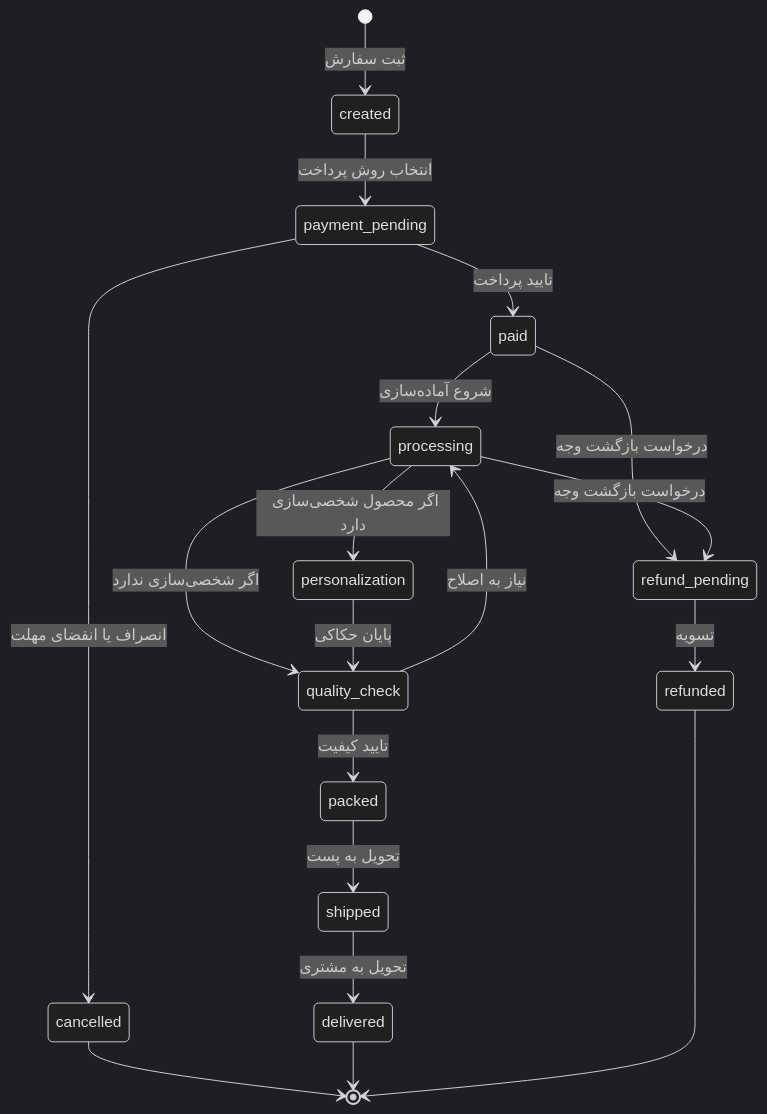
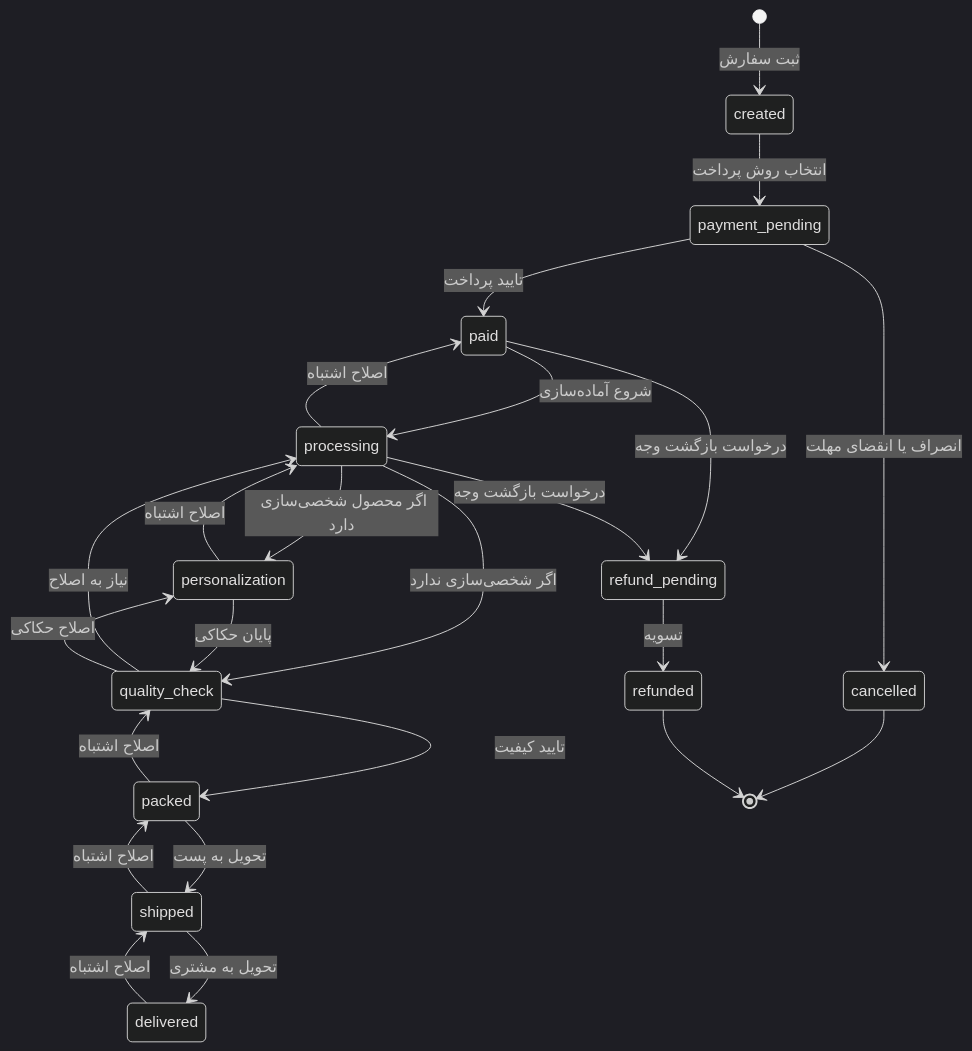
One commit to aicenter320-del/7manzome changed the first of 6 diagrams in docs/02-domain/state-machines.md. Above: the diagram before and after it, drawn with Mermaid (dark theme). The commit also changed other lines of this file and 59 other files, not shown here.

````diff
--- a/docs/02-domain/state-machines.md
+++ b/docs/02-domain/state-machines.md
@@ -9,21 +9,26 @@
 ```mermaid
 stateDiagram-v2
     [*] --> created: ثبت سفارش
     created --> payment_pending: انتخاب روش پرداخت
     payment_pending --> paid: تایید پرداخت
     payment_pending --> cancelled: انصراف یا انقضای مهلت
     paid --> processing: شروع آماده‌سازی
+    processing --> paid: اصلاح اشتباه
     processing --> personalization: اگر محصول شخصی‌سازی دارد
     processing --> quality_check: اگر شخصی‌سازی ندارد
+    personalization --> processing: اصلاح اشتباه
     personalization --> quality_check: پایان حکاکی
     quality_check --> packed: تایید کیفیت
     quality_check --> processing: نیاز به اصلاح
+    quality_check --> personalization: اصلاح حکاکی
     packed --> shipped: تحویل به پست
+    packed --> quality_check: اصلاح اشتباه
     shipped --> delivered: تحویل به مشتری
+    shipped --> packed: اصلاح اشتباه
+    delivered --> shipped: اصلاح اشتباه
     paid --> refund_pending: درخواست بازگشت وجه
     processing --> refund_pending: درخواست بازگشت وجه
     refund_pending --> refunded: تسویه
     cancelled --> [*]
-    delivered --> [*]
     refunded --> [*]
 ```
````
